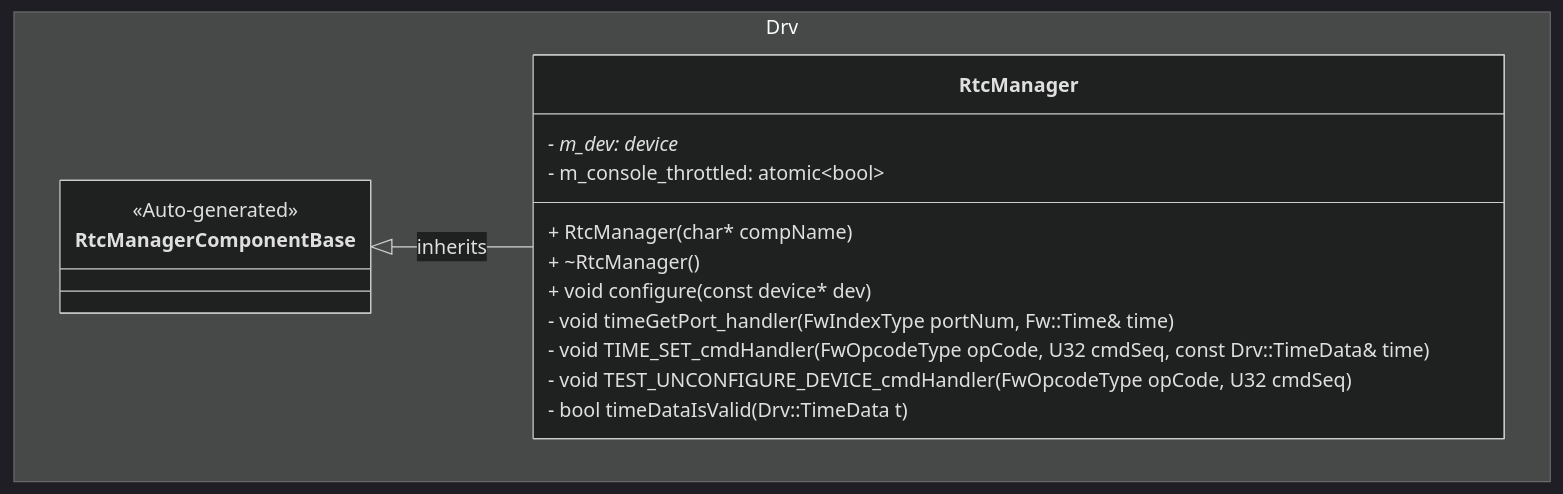
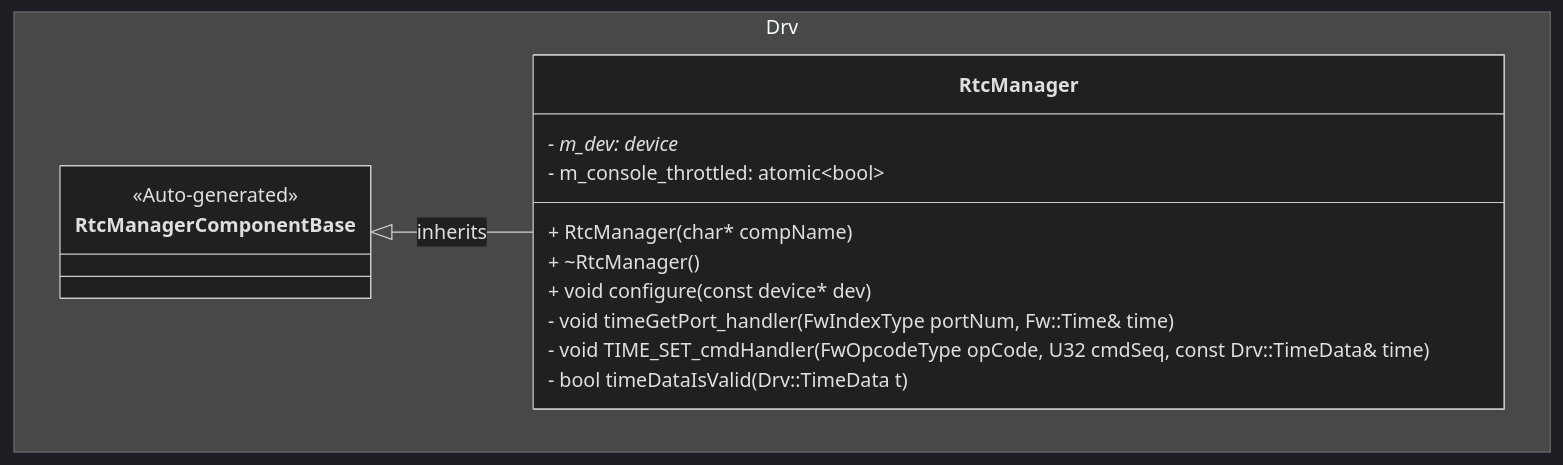
The first of 8 diagrams in FprimeZephyrReference/Components/Drv/RtcManager/docs/sdd.md (Open-Source-Space-Foundation/proves-core-reference), drawn with Mermaid (dark theme) before and after one commit. The commit also changed other lines of this file and 14 other files, not shown here.

````diff
--- a/FprimeZephyrReference/Components/Drv/RtcManager/docs/sdd.md
+++ b/FprimeZephyrReference/Components/Drv/RtcManager/docs/sdd.md
@@ -69,20 +93,20 @@
 ```mermaid
 classDiagram
     namespace Drv {
         class RtcManagerComponentBase {
             <<Auto-generated>>
         }
         class RtcManager {
             - m_dev: device*
             - m_console_throttled: atomic~bool~
+
             + RtcManager(char* compName)
             + ~RtcManager()
             + void configure(const device* dev)
             - void timeGetPort_handler(FwIndexType portNum, Fw::Time& time)
             - void TIME_SET_cmdHandler(FwOpcodeType opCode, U32 cmdSeq, const Drv::TimeData& time)
-            - void TEST_UNCONFIGURE_DEVICE_cmdHandler(FwOpcodeType opCode, U32 cmdSeq)
             - bool timeDataIsValid(Drv::TimeData t)
         }
     }
     RtcManagerComponentBase <|-- RtcManager : inherits
 ```
````
